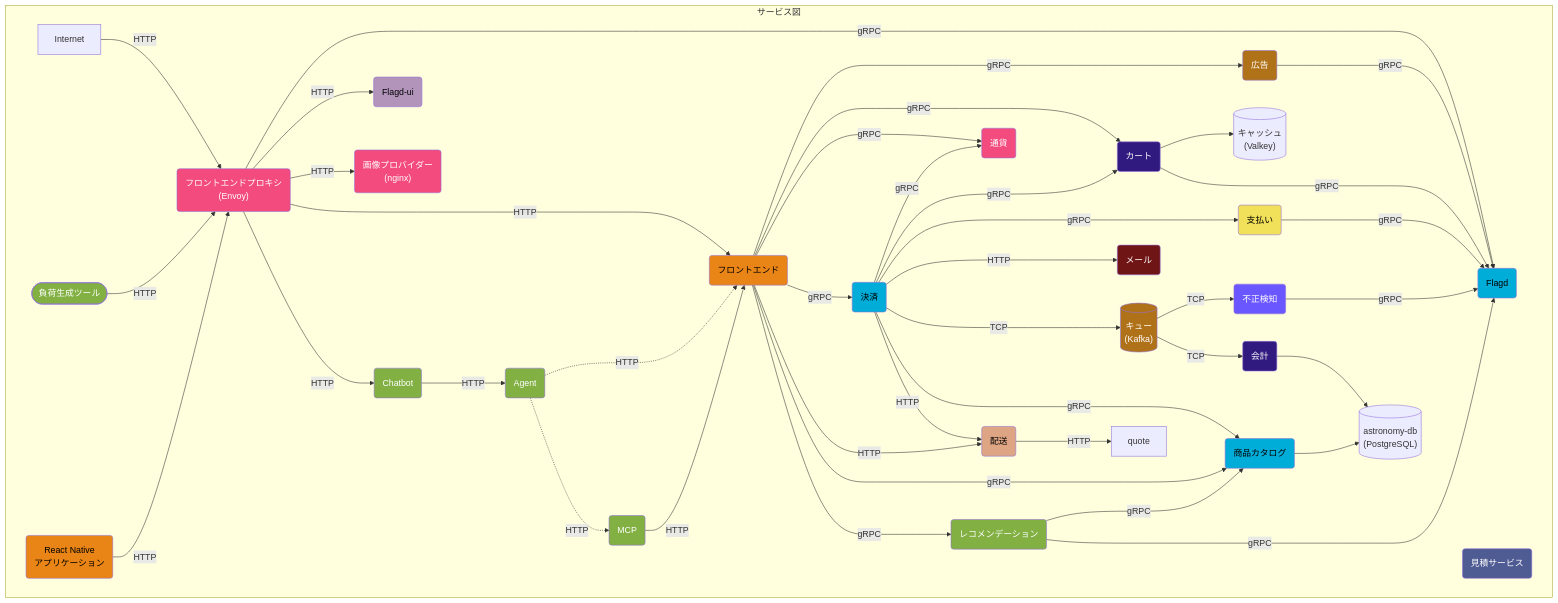
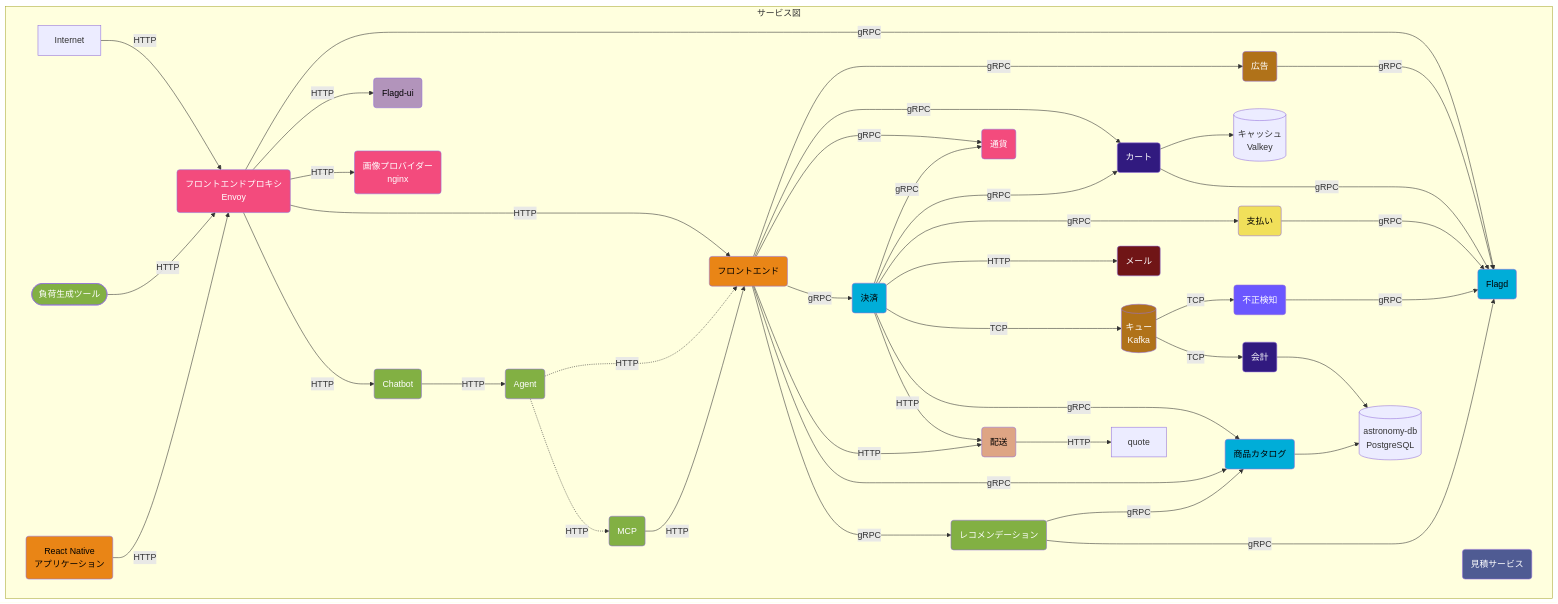
One commit to open-telemetry/opentelemetry.io changed the first of 3 diagrams in content/ja/docs/demo/architecture.md. Above: the diagram before and after it, drawn with Mermaid. The commit also changed other lines of this file, not shown here.

Commit message:
[ja] update translation of content/en/docs/demo/architecture.md (#12110)

```diff
--- a/content/ja/docs/demo/architecture.md
+++ b/content/ja/docs/demo/architecture.md
@@ -16,7 +15,7 @@
 accounting(会計):::dotnet
 ad(広告):::java
 agent(Agent):::python
-cache[(キャッシュ<br/>&#40Valkey&#41)]
+cache[(キャッシュ<br/>Valkey)]
 cart(カート):::dotnet
 chatbot(Chatbot):::python
 checkout(決済):::golang
@@ -26,8 +25,8 @@
 flagd-ui(Flagd-ui):::elixir
 fraud-detection(不正検知):::kotlin
 frontend(フロントエンド):::typescript
-frontend-proxy(フロントエンドプロキシ <br/>&#40Envoy&#41):::cpp
-image-provider(画像プロバイダー <br/>&#40nginx&#41):::cpp
+frontend-proxy(フロントエンドプロキシ <br/>Envoy):::cpp
+image-provider(画像プロバイダー <br/>nginx):::cpp
 load-generator([負荷生成ツール]):::python
 mcp(MCP):::python
 payment(支払い):::javascript
@@ -35,9 +34,9 @@
 quoteservice(見積サービス):::php
 recommendation(レコメンデーション):::python
 shipping(配送):::rust
-queue[(キュー<br/>&#40Kafka&#41)]:::java
+queue[(キュー<br/>Kafka)]:::java
 react-native-app(React Native<br>アプリケーション):::typescript
-postgresql[(astronomy-db<br/>&#40PostgreSQL&#41)]
+postgresql[(astronomy-db<br/>PostgreSQL)]
 
 chatbot -->|HTTP| agent
 agent -.->|HTTP| frontend
```
